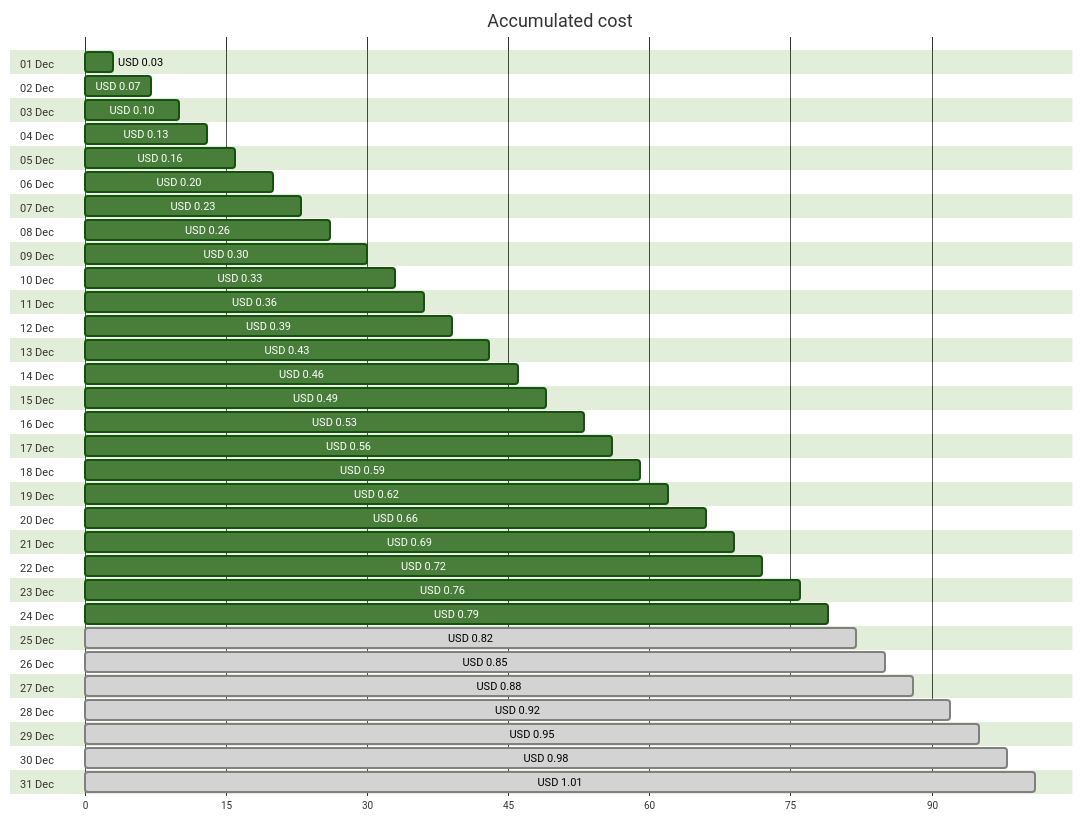
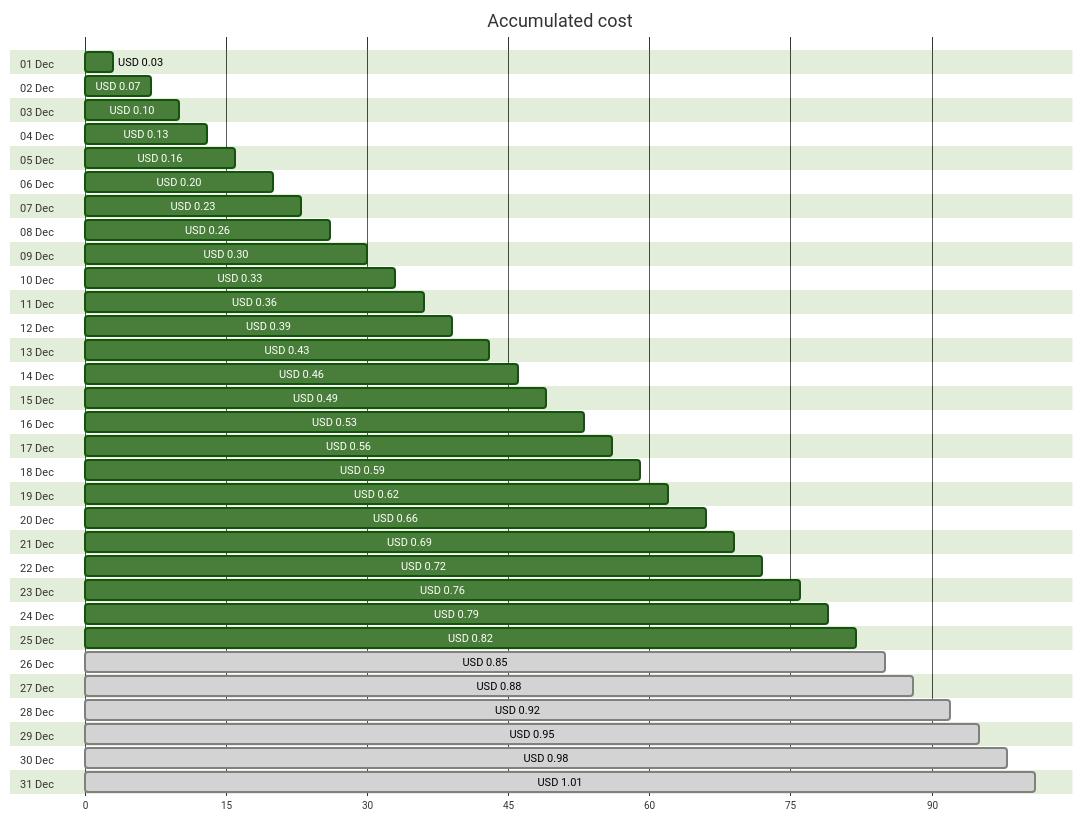
One commit to jpfulton/azure-personal-reports changed the first of 4 diagrams in cost-reports/personal-dns/README.md. Above: the diagram before and after it, drawn with Mermaid (forest theme). The commit also changed other lines of this file and 2 other files, not shown here.

````diff
--- a/cost-reports/personal-dns/README.md
+++ b/cost-reports/personal-dns/README.md
@@ -20,68 +20,68 @@
 ```mermaid
 gantt
    title Accumulated cost
    dateFormat  X
    axisFormat %s
    section 01 Dec
    USD 0.03 :0, 3
    section 02 Dec
    USD 0.07 :0, 7
    section 03 Dec
    USD 0.10 :0, 10
    section 04 Dec
    USD 0.13 :0, 13
    section 05 Dec
    USD 0.16 :0, 16
    section 06 Dec
    USD 0.20 :0, 20
    section 07 Dec
    USD 0.23 :0, 23
    section 08 Dec
    USD 0.26 :0, 26
    section 09 Dec
    USD 0.30 :0, 30
    section 10 Dec
    USD 0.33 :0, 33
    section 11 Dec
    USD 0.36 :0, 36
    section 12 Dec
    USD 0.39 :0, 39
    section 13 Dec
    USD 0.43 :0, 43
    section 14 Dec
    USD 0.46 :0, 46
    section 15 Dec
    USD 0.49 :0, 49
    section 16 Dec
    USD 0.53 :0, 53
    section 17 Dec
    USD 0.56 :0, 56
    section 18 Dec
    USD 0.59 :0, 59
    section 19 Dec
    USD 0.62 :0, 62
    section 20 Dec
    USD 0.66 :0, 66
    section 21 Dec
    USD 0.69 :0, 69
    section 22 Dec
    USD 0.72 :0, 72
    section 23 Dec
    USD 0.76 :0, 76
    section 24 Dec
    USD 0.79 :0, 79
    section 25 Dec
-   USD 0.82 : done, 0, 82
+   USD 0.82 :0, 82
    section 26 Dec
    USD 0.85 : done, 0, 85
    section 27 Dec
    USD 0.88 : done, 0, 88
    section 28 Dec
    USD 0.92 : done, 0, 92
    section 29 Dec
    USD 0.95 : done, 0, 95
    section 30 Dec
    USD 0.98 : done, 0, 98
    section 31 Dec
    USD 1.01 : done, 0, 101
 ```
````
